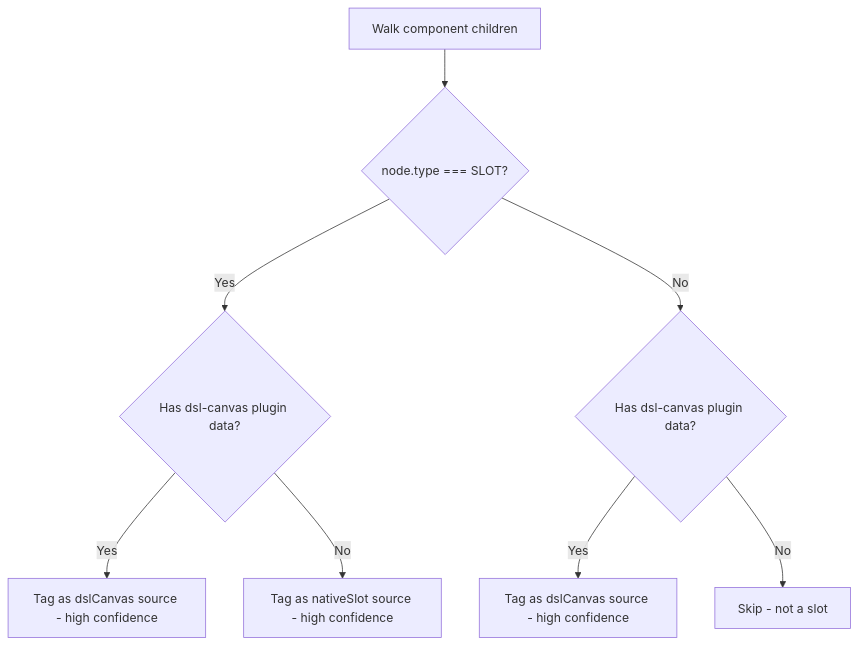
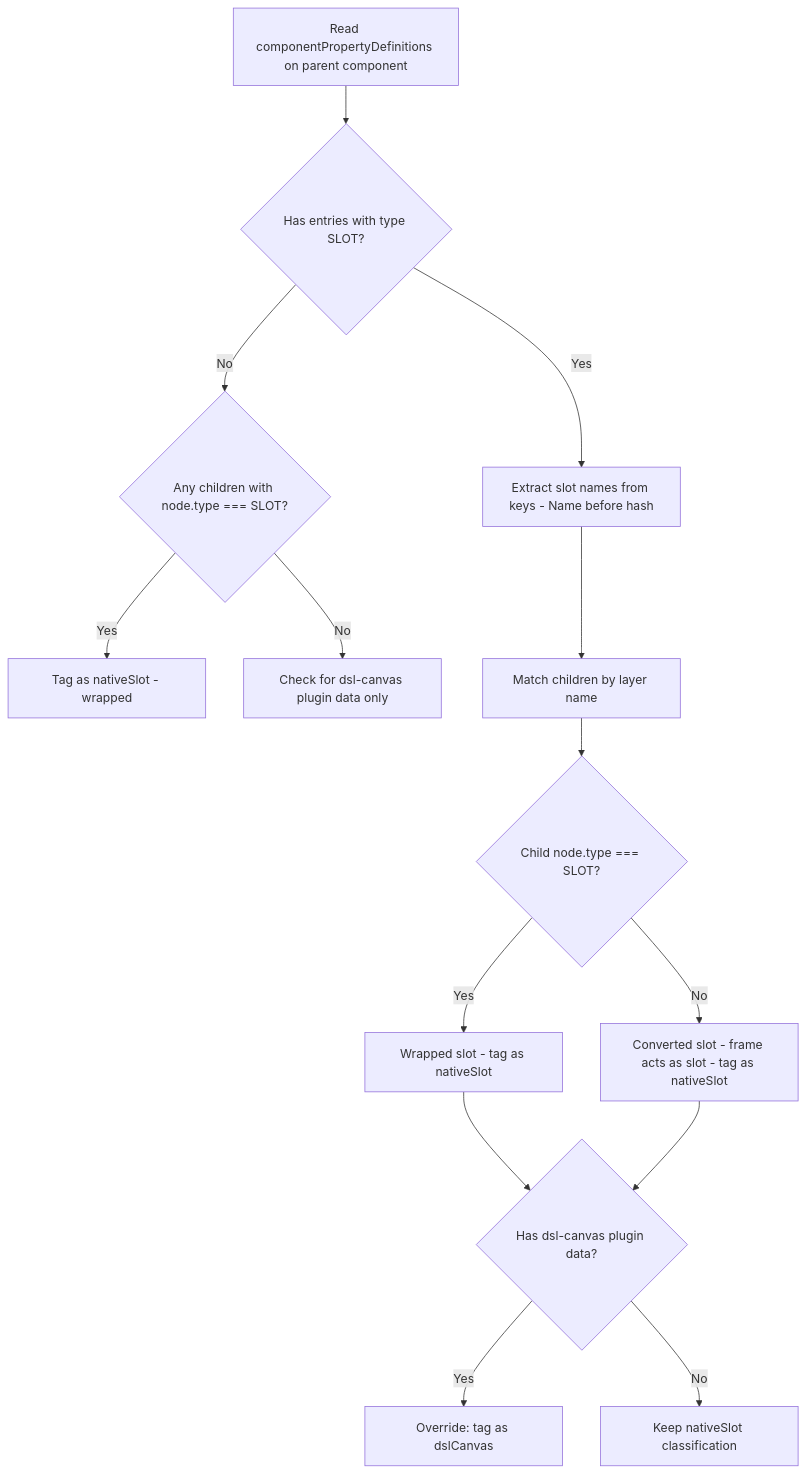
Before and after one commit to TETRA2000/figma-component-dsl: the fourth of 5 diagrams in .kiro/specs/canvas-component/design.md, drawn with Mermaid. The commit also changed other lines of this file and 2 other files, not shown here.

First line of the commit message:
Update design: two distinct Figma slot creation methods discovered

````diff
--- a/.kiro/specs/canvas-component/design.md
+++ b/.kiro/specs/canvas-component/design.md
@@ -152,10 +154,16 @@
 ```mermaid
 flowchart TD
-    A[Walk component children] --> B{node.type === SLOT?}
-    B -->|Yes| C{Has dsl-canvas plugin data?}
-    C -->|Yes| D[Tag as dslCanvas source - high confidence]
-    C -->|No| E[Tag as nativeSlot source - high confidence]
-    B -->|No| F{Has dsl-canvas plugin data?}
-    F -->|Yes| G[Tag as dslCanvas source - high confidence]
-    F -->|No| H[Skip - not a slot]
+    A[Read componentPropertyDefinitions on parent component] --> B{Has entries with type SLOT?}
+    B -->|No| C{Any children with node.type === SLOT?}
+    C -->|Yes| D[Tag as nativeSlot - wrapped]
+    C -->|No| E[Check for dsl-canvas plugin data only]
+    B -->|Yes| F[Extract slot names from keys - Name before hash]
+    F --> G[Match children by layer name]
+    G --> H{Child node.type === SLOT?}
+    H -->|Yes| I[Wrapped slot - tag as nativeSlot]
+    H -->|No| J[Converted slot - frame acts as slot - tag as nativeSlot]
+    I --> K{Has dsl-canvas plugin data?}
+    J --> K
+    K -->|Yes| L[Override: tag as dslCanvas]
+    K -->|No| M[Keep nativeSlot classification]
 ```
````
